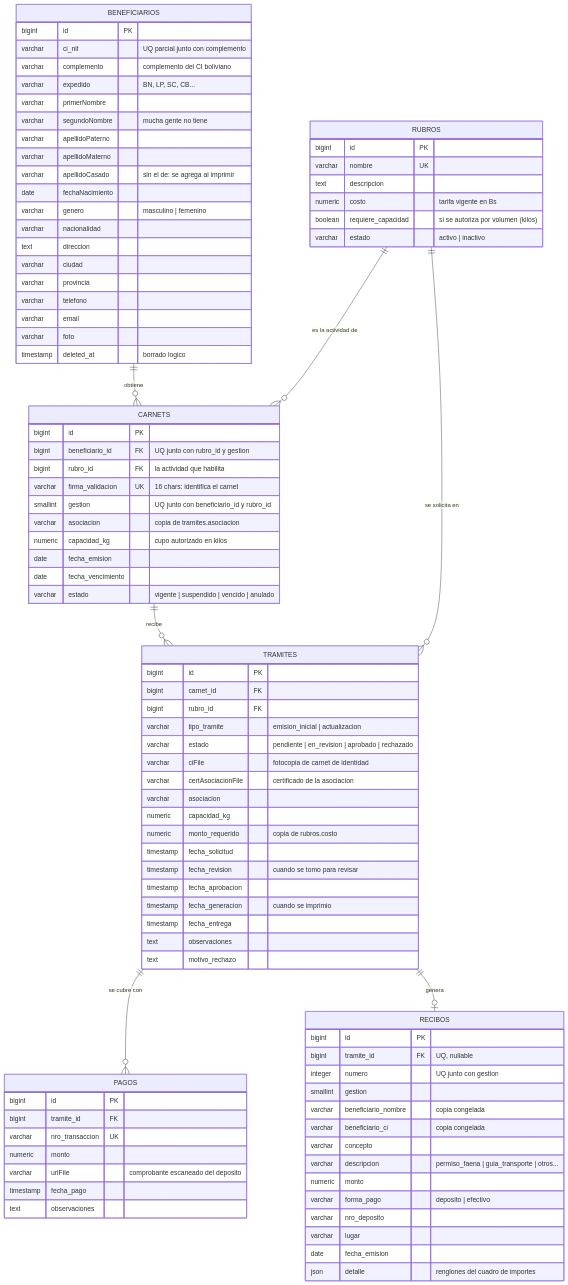
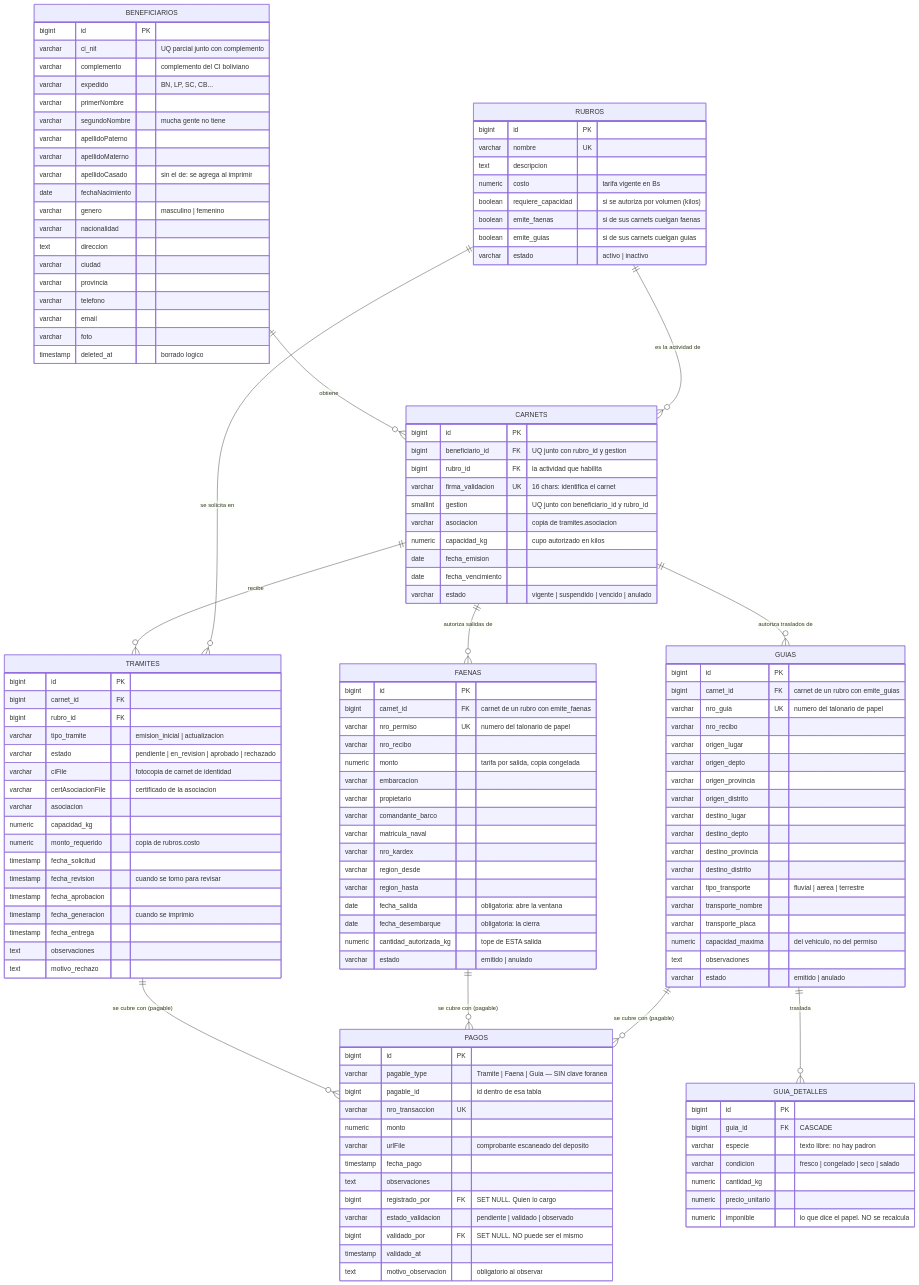
Before and after one commit to nachoDevOS/jichi: the first of 3 diagrams in docs/MER.md, drawn with Mermaid. The commit also changed other lines of this file and 80 other files, not shown here.

````diff
--- a/docs/MER.md
+++ b/docs/MER.md
@@ -21,8 +21,12 @@
     RUBROS        ||--o{ CARNETS : "es la actividad de"
     CARNETS       ||--o{ TRAMITES : "recibe"
     RUBROS        ||--o{ TRAMITES : "se solicita en"
-    TRAMITES      ||--o{ PAGOS : "se cubre con"
-    TRAMITES      ||--o| RECIBOS : "genera"
+    CARNETS       ||--o{ FAENAS : "autoriza salidas de"
+    CARNETS       ||--o{ GUIAS : "autoriza traslados de"
+    GUIAS         ||--o{ GUIA_DETALLES : "traslada"
+    TRAMITES      ||--o{ PAGOS : "se cubre con (pagable)"
+    FAENAS        ||--o{ PAGOS : "se cubre con (pagable)"
+    GUIAS         ||--o{ PAGOS : "se cubre con (pagable)"
 
     BENEFICIARIOS {
         bigint    id PK
@@ -52,6 +56,8 @@
         text    descripcion
         numeric costo "tarifa vigente en Bs"
         boolean requiere_capacidad "si se autoriza por volumen (kilos)"
+        boolean emite_faenas "si de sus carnets cuelgan faenas"
+        boolean emite_guias "si de sus carnets cuelgan guias"
         varchar estado "activo | inactivo"
     }
 
@@ -90,28 +96,68 @@
 
     PAGOS {
         bigint    id PK
-        bigint    tramite_id FK
+        varchar   pagable_type "Tramite | Faena | Guia — SIN clave foranea"
+        bigint    pagable_id "id dentro de esa tabla"
         varchar   nro_transaccion UK
         numeric   monto
         varchar   urlFile "comprobante escaneado del deposito"
         timestamp fecha_pago
         text      observaciones
+        bigint    registrado_por FK "SET NULL. Quien lo cargo"
+        varchar   estado_validacion "pendiente | validado | observado"
+        bigint    validado_por FK "SET NULL. NO puede ser el mismo"
+        timestamp validado_at
+        text      motivo_observacion "obligatorio al observar"
     }
 
-    RECIBOS {
-        bigint   id PK
-        bigint   tramite_id FK "UQ, nullable"
-        integer  numero "UQ junto con gestion"
-        smallint gestion
-        varchar  beneficiario_nombre "copia congelada"
-        varchar  beneficiario_ci "copia congelada"
-        varchar  concepto
-        varchar  descripcion "permiso_faena | guia_transporte | otros..."
-        numeric  monto
-        varchar  forma_pago "deposito | efectivo"
-        varchar  nro_deposito
-        varchar  lugar
-        date     fecha_emision
-        json     detalle "renglones del cuadro de importes"
+    FAENAS {
+        bigint  id PK
+        bigint  carnet_id FK "carnet de un rubro con emite_faenas"
+        varchar nro_permiso UK "numero del talonario de papel"
+        varchar nro_recibo
+        numeric monto "tarifa por salida, copia congelada"
+        varchar embarcacion
+        varchar propietario
+        varchar comandante_barco
+        varchar matricula_naval
+        varchar nro_kardex
+        varchar region_desde
+        varchar region_hasta
+        date    fecha_salida "obligatoria: abre la ventana"
+        date    fecha_desembarque "obligatoria: la cierra"
+        numeric cantidad_autorizada_kg "tope de ESTA salida"
+        varchar estado "emitido | anulado"
     }
+
+    GUIAS {
+        bigint  id PK
+        bigint  carnet_id FK "carnet de un rubro con emite_guias"
+        varchar nro_guia UK "numero del talonario de papel"
+        varchar nro_recibo
+        varchar origen_lugar
+        varchar origen_depto
+        varchar origen_provincia
+        varchar origen_distrito
+        varchar destino_lugar
+        varchar destino_depto
+        varchar destino_provincia
+        varchar destino_distrito
+        varchar tipo_transporte "fluvial | aerea | terrestre"
+        varchar transporte_nombre
+        varchar transporte_placa
+        numeric capacidad_maxima "del vehiculo, no del permiso"
+        text    observaciones
+        varchar estado "emitido | anulado"
+    }
+
+    GUIA_DETALLES {
+        bigint  id PK
+        bigint  guia_id FK "CASCADE"
+        varchar especie "texto libre: no hay padron"
+        varchar condicion "fresco | congelado | seco | salado"
+        numeric cantidad_kg
+        numeric precio_unitario
+        numeric imponible "lo que dice el papel. NO se recalcula"
+    }
+
 ```
````
